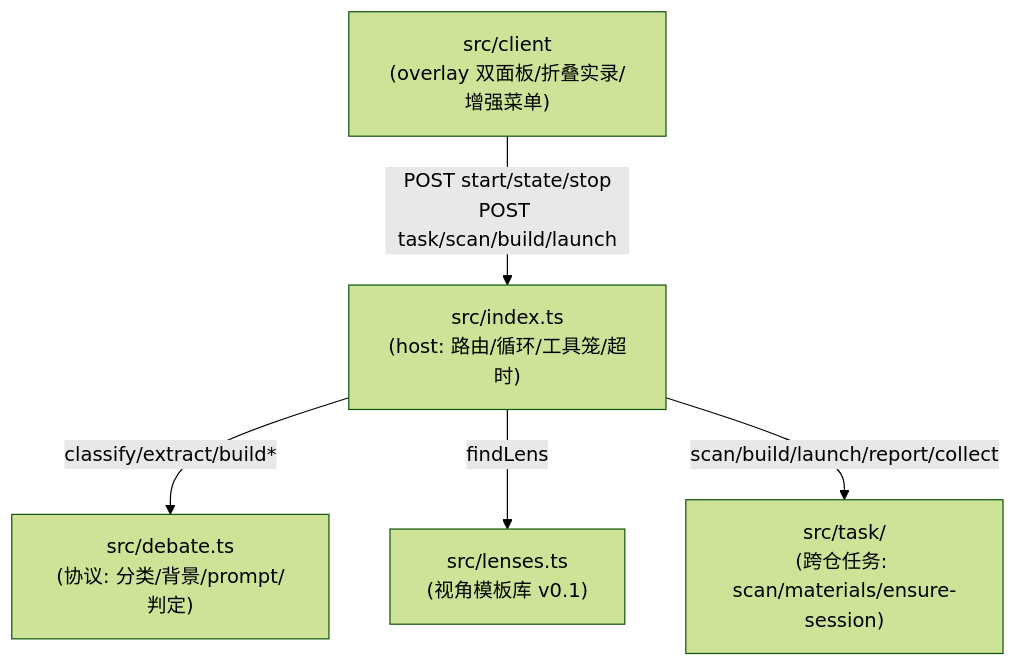
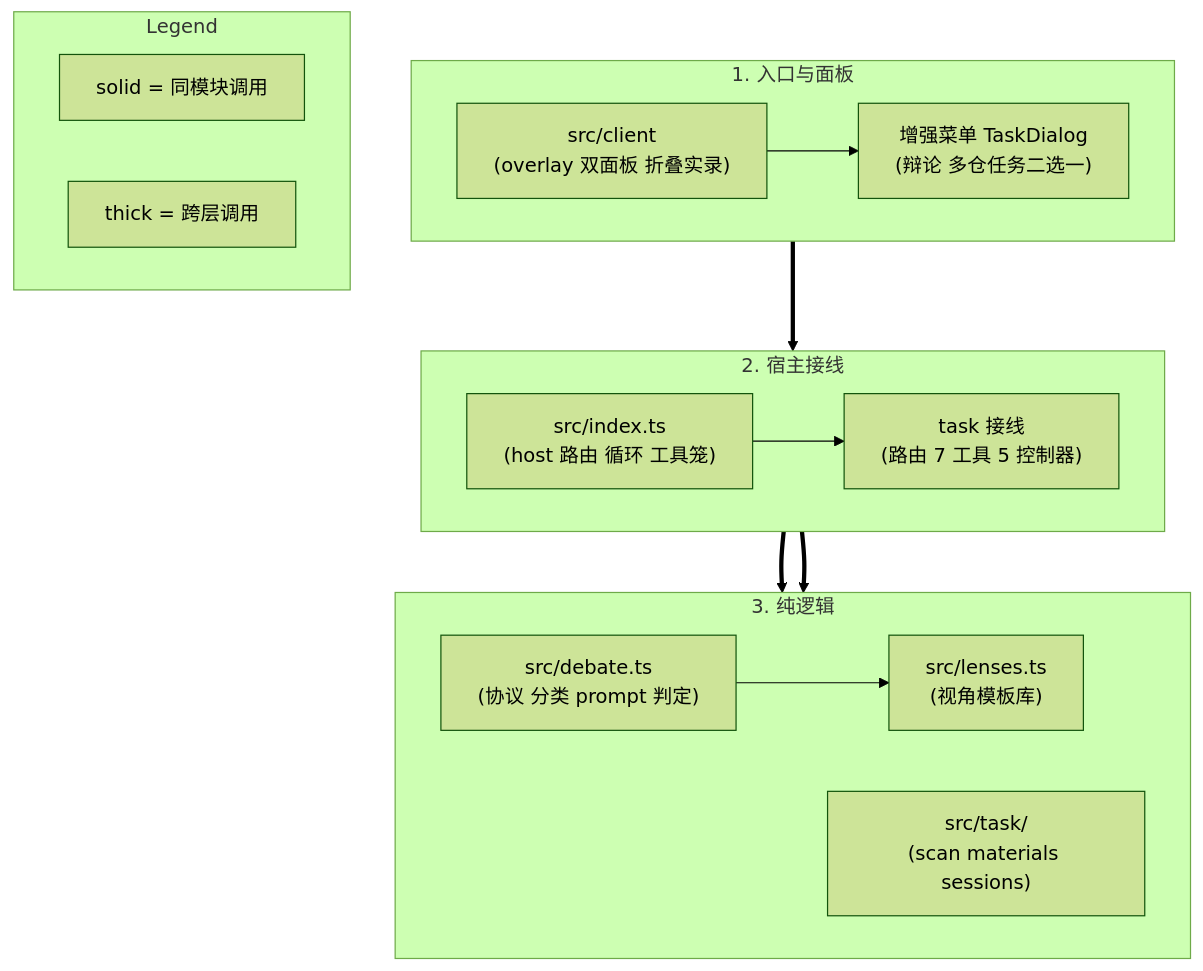
Before and after one commit to doubleelec/dsh-debate: the second of 3 diagrams in docs/architecture.md, drawn with Mermaid (forest theme). The commit also changed other lines of this file and 22 other files, not shown here.

````diff
--- a/docs/architecture.md
+++ b/docs/architecture.md
@@ -64,13 +79,31 @@
 ```mermaid
 flowchart TD
-    index["src/index.ts<br/>(host: 路由/循环/工具笼/超时)"]
-    debate["src/debate.ts<br/>(协议: 分类/背景/prompt/判定)"]
-    lenses["src/lenses.ts<br/>(视角模板库 v0.1)"]
-    task["src/task/<br/>(跨仓任务: scan/materials/ensure-session)"]
-    client["src/client<br/>(overlay 双面板/折叠实录/增强菜单)"]
+    subgraph LayerTop["1. 入口与面板"]
+        direction LR
+        client["src/client<br/>(overlay 双面板 折叠实录)"]
+        enhance["增强菜单 TaskDialog<br/>(辩论 多仓任务二选一)"]
+        client --> enhance
+    end
+    subgraph LayerMid["2. 宿主接线"]
+        direction LR
+        index["src/index.ts<br/>(host 路由 循环 工具笼)"]
+        taskwire["task 接线<br/>(路由 7 工具 5 控制器)"]
+        index --> taskwire
+    end
+    subgraph LayerBot["3. 纯逻辑"]
+        direction LR
+        debate["src/debate.ts<br/>(协议 分类 prompt 判定)"]
+        taskpure["src/task/<br/>(scan materials sessions)"]
+        lenses["src/lenses.ts<br/>(视角模板库)"]
+        debate --> lenses
+    end
+    client ==> index
+    index ==> debate
+    index ==> taskpure
 
-    index -->|"classify/extract/build*"| debate
-    index -->|"findLens"| lenses
-    index -->|"scan/build/launch/report/collect"| task
-    client -->|"POST start/state/stop<br/>POST task/scan/build/launch"| index
+    subgraph Legend["Legend"]
+        direction LR
+        L1["solid = 同模块调用"]
+        L2["thick = 跨层调用"]
+    end
 ```
````
